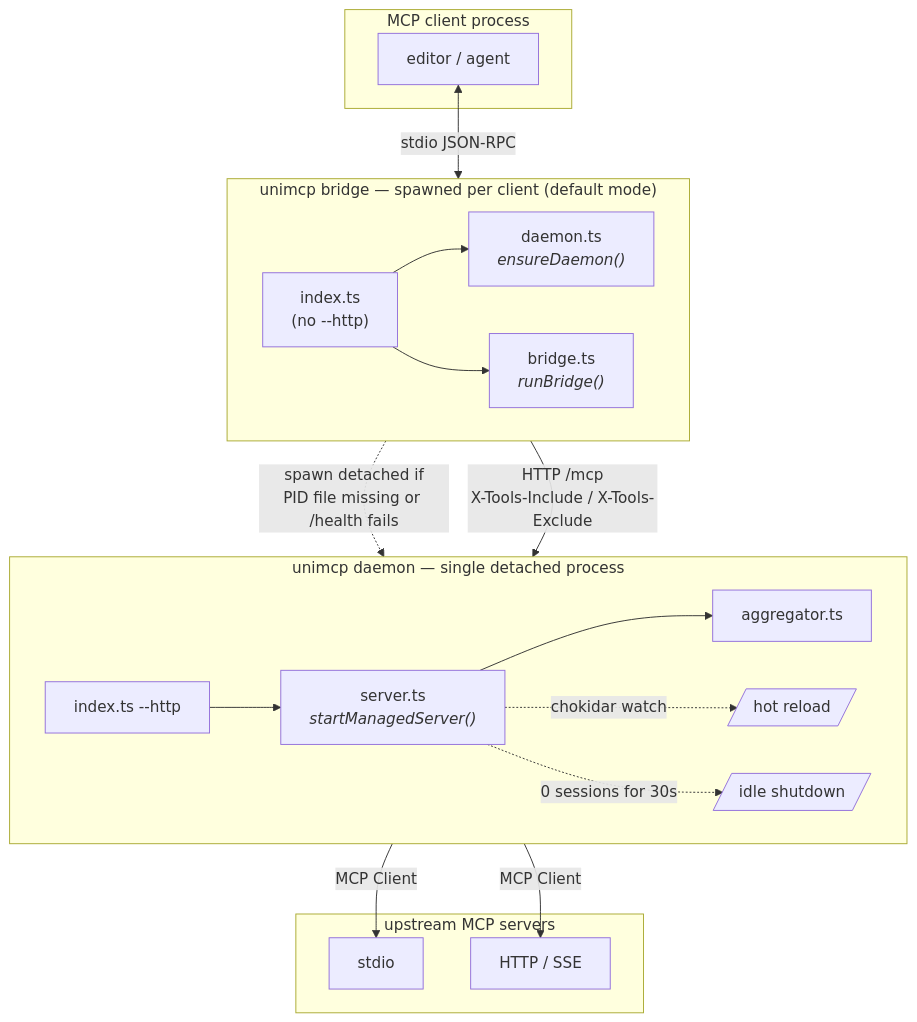
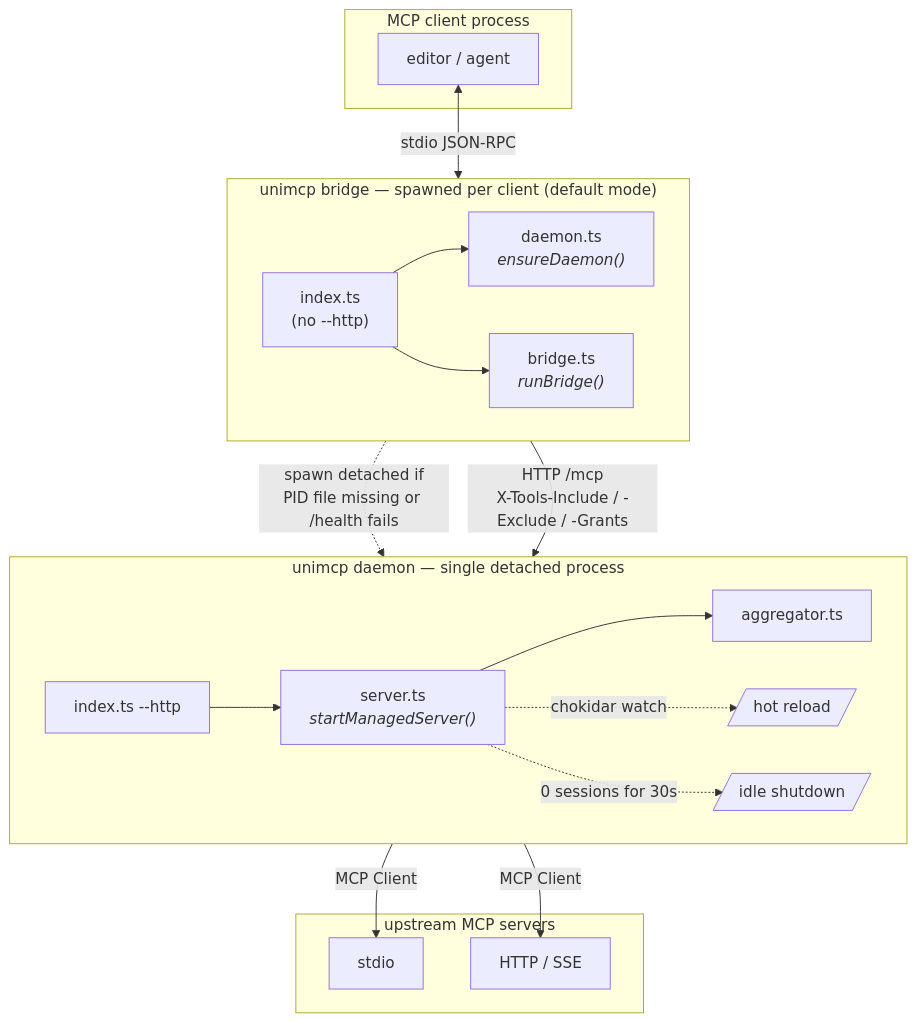
The diagram in AGENTS.md (dandehoon/unimcp), drawn with Mermaid before and after one commit. The commit also changed other lines of this file and 1 other file, not shown here.

````diff
--- a/AGENTS.md
+++ b/AGENTS.md
@@ -52,33 +52,33 @@
 ```mermaid
 flowchart TB
     subgraph cli_p["MCP client process"]
         ed[editor / agent]
     end
 
     subgraph bridge_p["unimcp bridge — spawned per client (default mode)"]
         direction LR
         idx1["index.ts<br/>(no --http)"]
         idx1 --> dmn["daemon.ts<br/><i>ensureDaemon()</i>"]
         idx1 --> br["bridge.ts<br/><i>runBridge()</i>"]
     end
 
     subgraph daemon_p["unimcp daemon — single detached process"]
         direction LR
         idx2["index.ts --http"]
         idx2 --> srv["server.ts<br/><i>startManagedServer()</i>"]
         srv --> agg["aggregator.ts"]
         srv -. chokidar watch .-> hr[/hot reload/]
         srv -. "0 sessions for 30s" .-> idle[/idle shutdown/]
     end
 
     subgraph up["upstream MCP servers"]
         u1[stdio]
         u2[HTTP / SSE]
     end
 
     ed <-- "stdio JSON-RPC" --> idx1
     dmn -. "spawn detached if<br/>PID file missing or /health fails" .-> idx2
-    br -- "HTTP /mcp<br/>X-Tools-Include / X-Tools-Exclude" --> srv
+    br -- "HTTP /mcp<br/>X-Tools-Include / -Exclude / -Grants" --> srv
     agg -- "MCP Client" --> u1
     agg -- "MCP Client" --> u2
 ```
````
